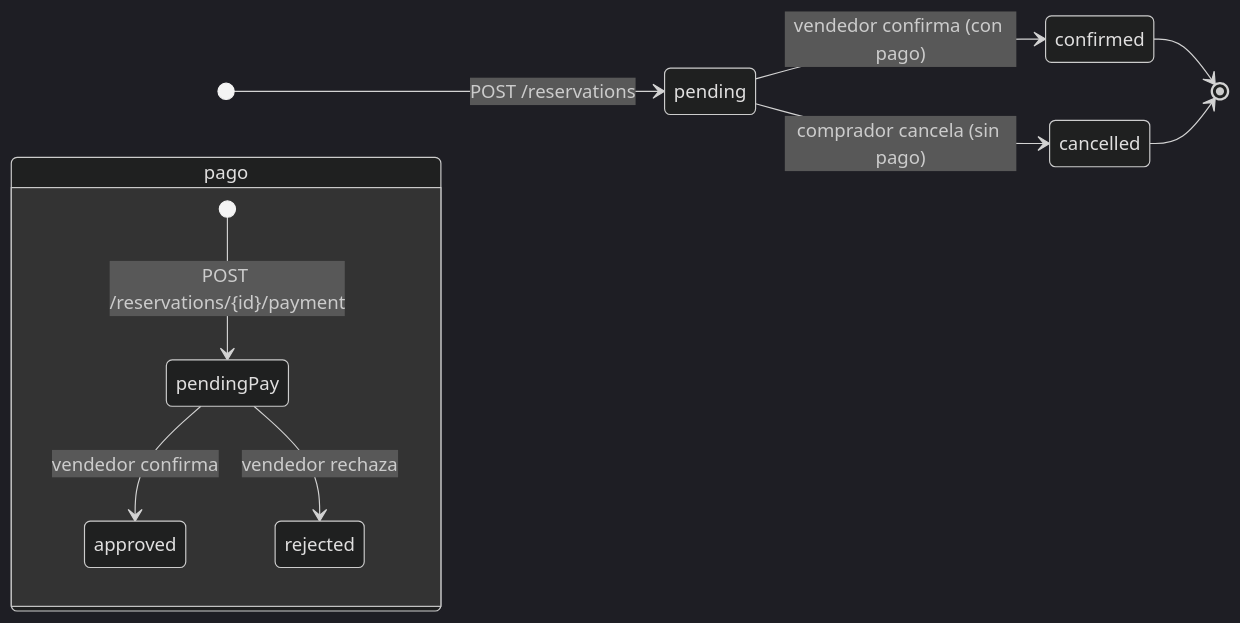
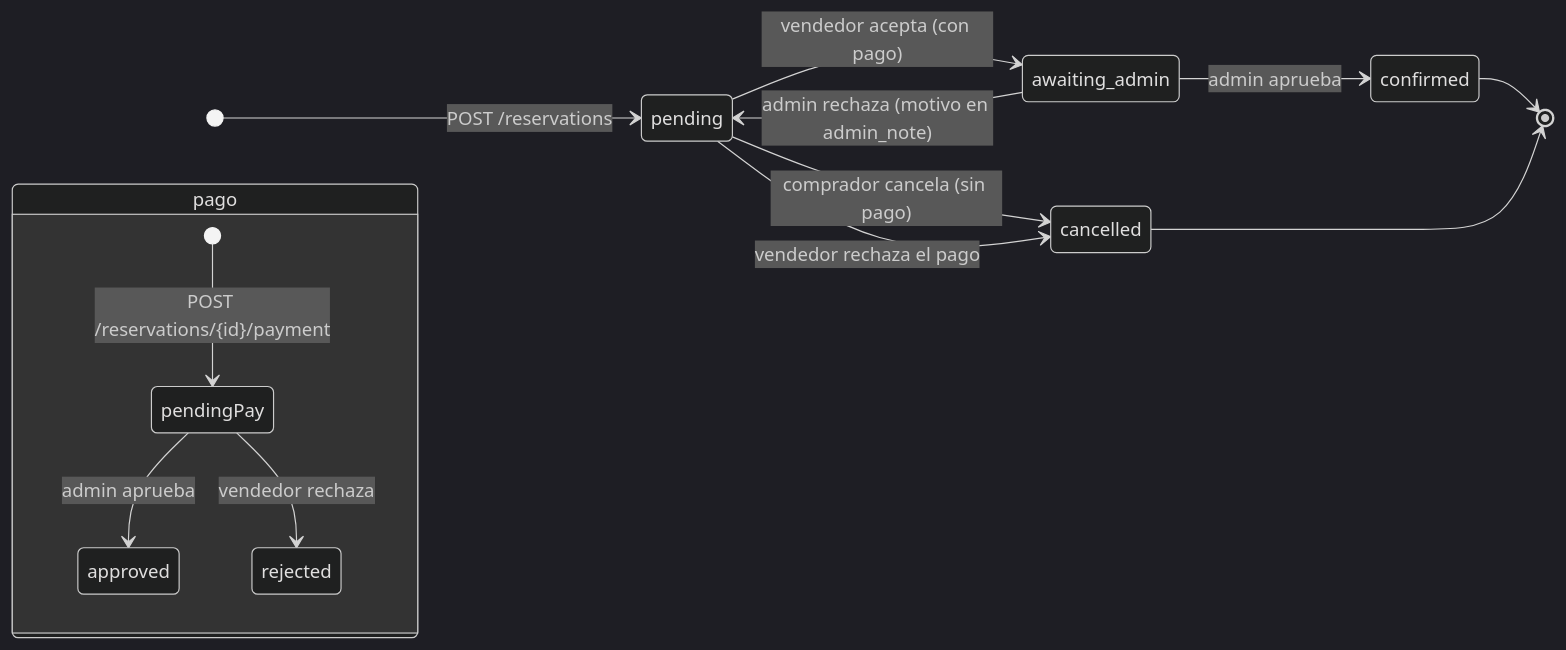
One commit to pinolrent/pinolrent-api changed the second of 2 diagrams in docs/arquitectura.md. Above: the diagram before and after it, drawn with Mermaid (dark theme). The commit also changed other lines of this file and 10 other files, not shown here.

First line of the commit message:
docs: describe the admin role and the approval flow

````diff
--- a/docs/arquitectura.md
+++ b/docs/arquitectura.md
@@ -75,15 +76,18 @@
 ```mermaid
 stateDiagram-v2
     direction LR
     [*] --> pending: POST /reservations
-    pending --> confirmed: vendedor confirma (con pago)
+    pending --> awaiting_admin: vendedor acepta (con pago)
+    awaiting_admin --> confirmed: admin aprueba
+    awaiting_admin --> pending: admin rechaza (motivo en admin_note)
     pending --> cancelled: comprador cancela (sin pago)
+    pending --> cancelled: vendedor rechaza el pago
     confirmed --> [*]
     cancelled --> [*]
 
     state "pago" as p {
         [*] --> pendingPay: POST /reservations/{id}/payment
-        pendingPay --> approved: vendedor confirma
+        pendingPay --> approved: admin aprueba
         pendingPay --> rejected: vendedor rechaza
     }
 ```
````
